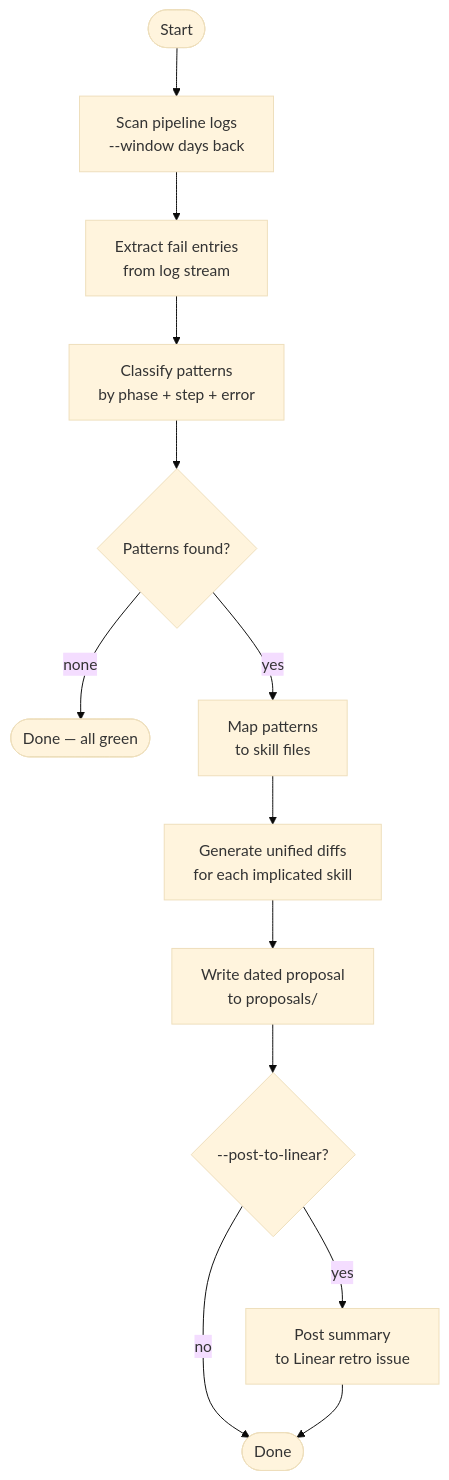
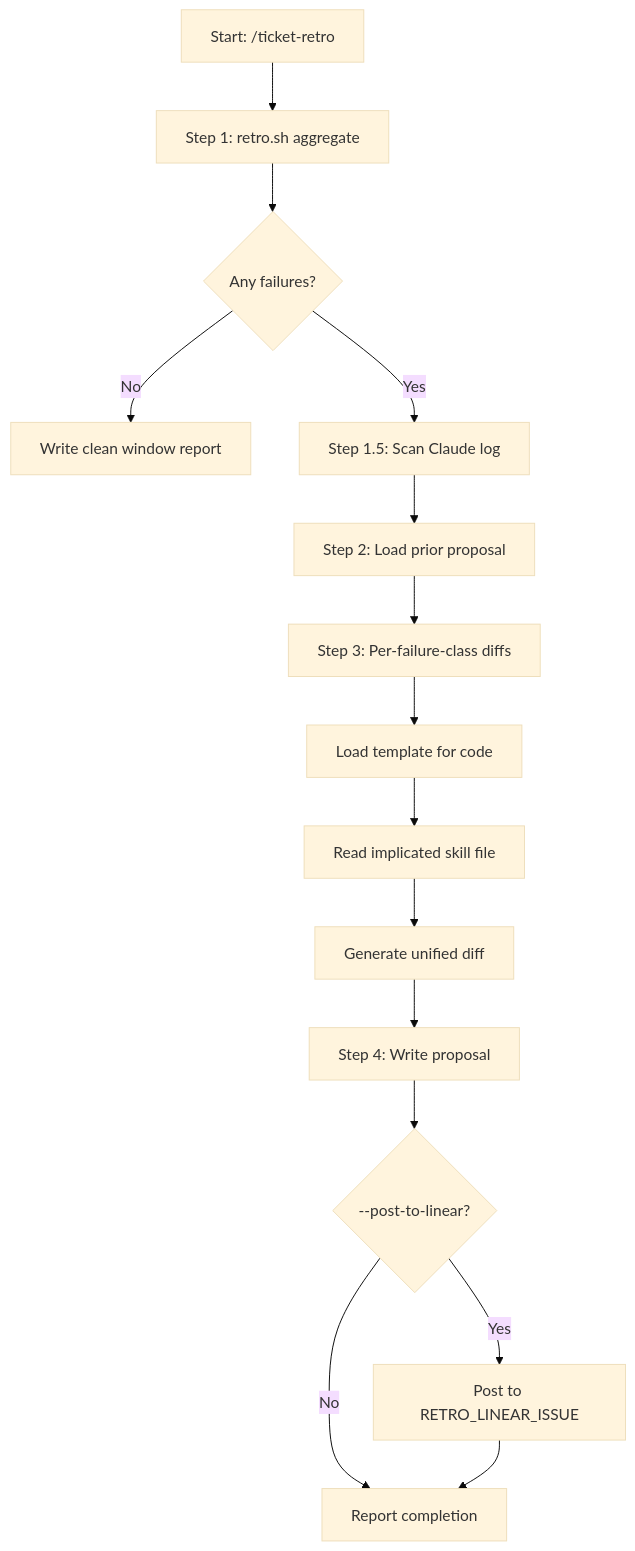
The diagram in ticket-auto-pipeline/docs/skills/ticket-retro.md (willard-pro/claude-plugins), drawn with Mermaid (base theme) before and after one commit. The commit also changed other lines of this file and 39 other files, not shown here.

````diff
--- a/ticket-auto-pipeline/docs/skills/ticket-retro.md
+++ b/ticket-auto-pipeline/docs/skills/ticket-retro.md
@@ -34,15 +36,17 @@
 ```mermaid
 flowchart TD
-    A([Start]) --> B[Scan pipeline logs\n--window days back]
-    B --> C[Extract fail entries\nfrom log stream]
-    C --> D[Classify patterns\nby phase + step + error]
-    D --> E{Patterns found?}
-    E -- none --> F([Done — all green])
-    E -- yes --> G[Map patterns\nto skill files]
-    G --> H[Generate unified diffs\nfor each implicated skill]
-    H --> I[Write dated proposal\nto proposals/]
-    I --> J{--post-to-linear?}
-    J -- yes --> K[Post summary\nto Linear retro issue]
-    J -- no --> L([Done])
-    K --> L
+    A[Start: /ticket-retro] --> B[Step 1: retro.sh aggregate]
+    B --> C{Any failures?}
+    C -->|No| D[Write clean window report]
+    C -->|Yes| E[Step 1.5: Scan Claude log]
+    E --> F[Step 2: Load prior proposal]
+    F --> G[Step 3: Per-failure-class diffs]
+    G --> H[Load template for code]
+    H --> I[Read implicated skill file]
+    I --> J[Generate unified diff]
+    J --> K[Step 4: Write proposal]
+    K --> L{--post-to-linear?}
+    L -->|Yes| M[Post to RETRO_LINEAR_ISSUE]
+    L -->|No| N[Report completion]
+    M --> N
 ```
````
